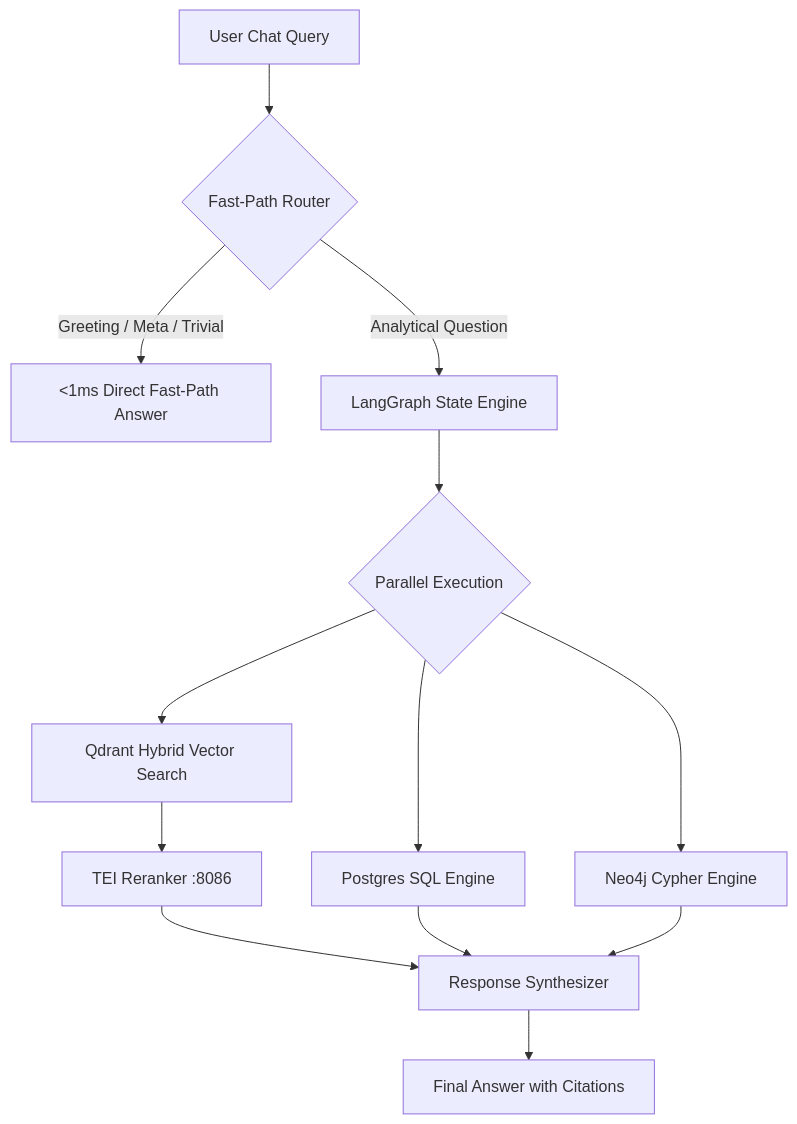
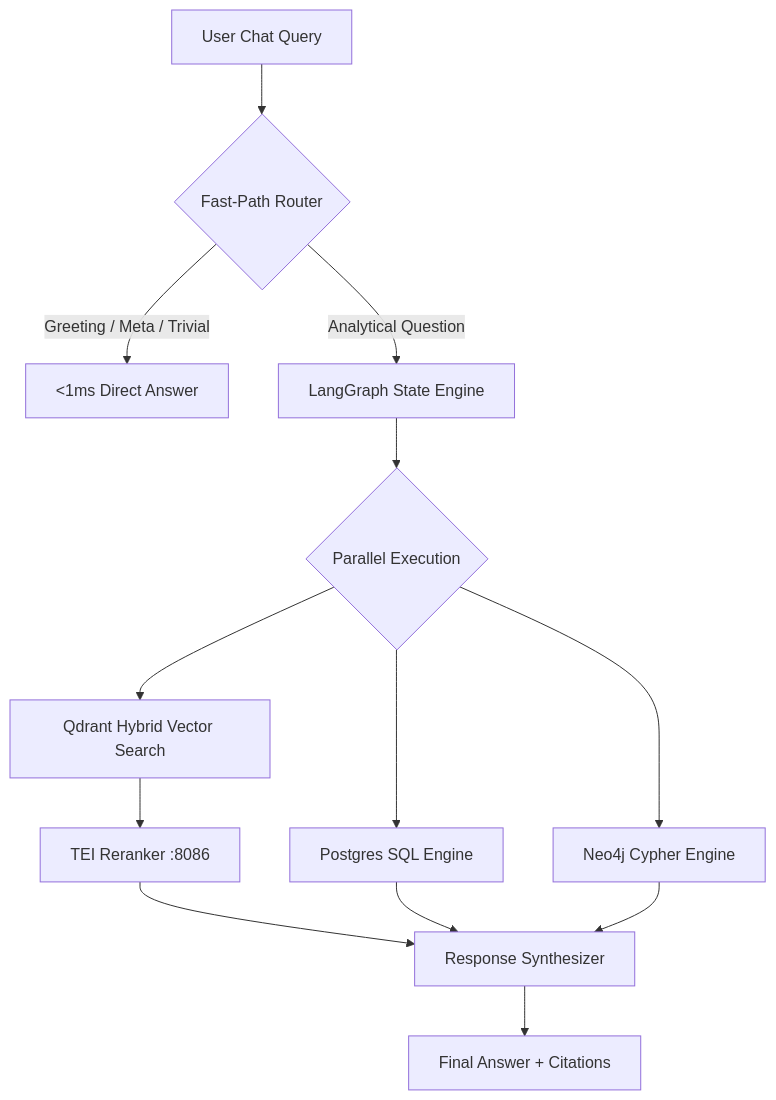
One commit to krigsherre/prism-core changed the eighth of 12 diagrams in architecture.md. Above: the diagram before and after it, drawn with Mermaid. The commit also changed other lines of this file and 3 other files, not shown here.

Commit message:
docs: interactive README, architecture, ADRs & research — badges, collapsible sections, Mermaid diagrams, icon

````diff
--- a/architecture.md
+++ b/architecture.md
@@ -257,18 +263,18 @@
 ```mermaid
 flowchart TB
     Query[User Chat Query] --> FastPath{Fast-Path Router}
-    FastPath -->|Greeting / Meta / Trivial| Sub1ms[<1ms Direct Fast-Path Answer]
+    FastPath -->|Greeting / Meta / Trivial| Sub1ms[<1ms Direct Answer]
     FastPath -->|Analytical Question| LangGraph[LangGraph State Engine]
 
     LangGraph --> ParallelFanOut{Parallel Execution}
     ParallelFanOut --> SQL[Postgres SQL Engine]
     ParallelFanOut --> Cypher[Neo4j Cypher Engine]
     ParallelFanOut --> Vector[Qdrant Hybrid Vector Search]
 
     Vector --> TEI_Re[TEI Reranker :8086]
     TEI_Re --> Synthesis
 
     SQL --> Synthesis[Response Synthesizer]
     Cypher --> Synthesis
-    Synthesis --> FinalResp[Final Answer with Citations]
+    Synthesis --> FinalResp[Final Answer + Citations]
 ```
````
